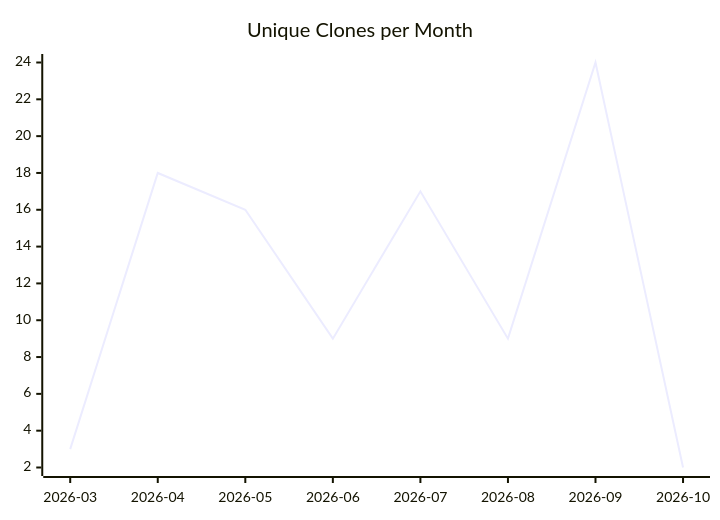
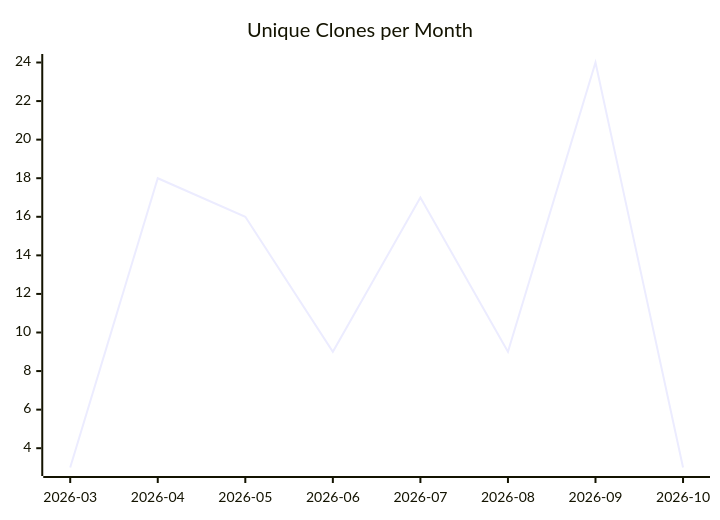
The third of 3 diagrams in karlmdavis/jessentials/README.md (justdavis-family/github-analytics-data), drawn with Mermaid before and after one commit. The commit also changed other lines of this file and 200 other files, not shown here.

````diff
--- a/karlmdavis/jessentials/README.md
+++ b/karlmdavis/jessentials/README.md
@@ -19,6 +19,6 @@
 ```mermaid
 xychart-beta
   title "Unique Clones per Month"
   x-axis ["2026-03", "2026-04", "2026-05", "2026-06", "2026-07", "2026-08", "2026-09", "2026-10"]
-  line [3, 18, 16, 9, 17, 9, 24, 2]
+  line [3, 18, 16, 9, 17, 9, 24, 3]
 ```
````
